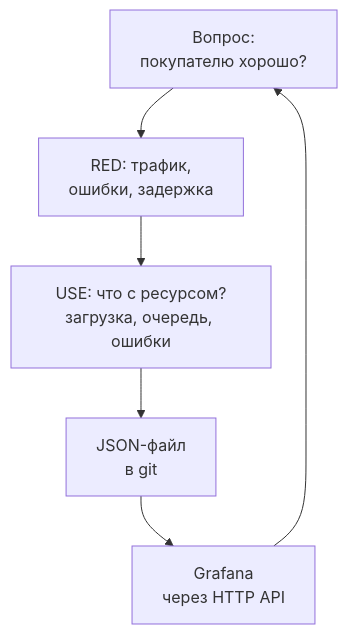
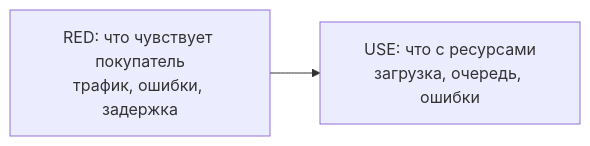
Before and after one commit to distinguished-sre/learning: the first of 2 diagrams in monitoring/03-dashboards-alerts/01-grafana.md, drawn with Mermaid. The commit also changed other lines of this file and 462 other files, not shown here.

````diff
--- a/monitoring/03-dashboards-alerts/01-grafana.md
+++ b/monitoring/03-dashboards-alerts/01-grafana.md
@@ -38,8 +38,4 @@
 ```mermaid
-flowchart TD
-    Q["Вопрос:<br>покупателю хорошо?"] --> R["RED: трафик,<br>ошибки, задержка"]
-    R --> U["USE: что с ресурсом?<br>загрузка, очередь, ошибки"]
-    U --> J["JSON-файл<br>в git"]
-    J --> G["Grafana<br>через HTTP API"]
-    G --> Q
+flowchart LR
+    R["RED: что чувствует покупатель<br>трафик, ошибки, задержка"] --> U["USE: что с ресурсами<br>загрузка, очередь, ошибки"]
 ```
````
